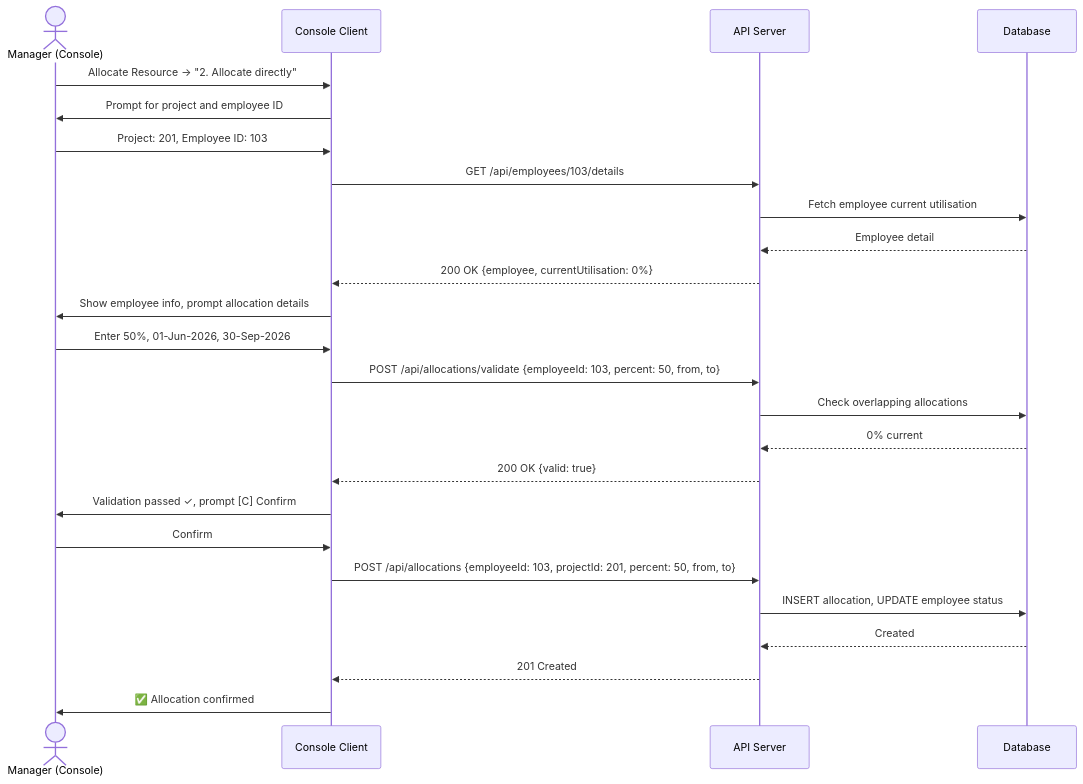
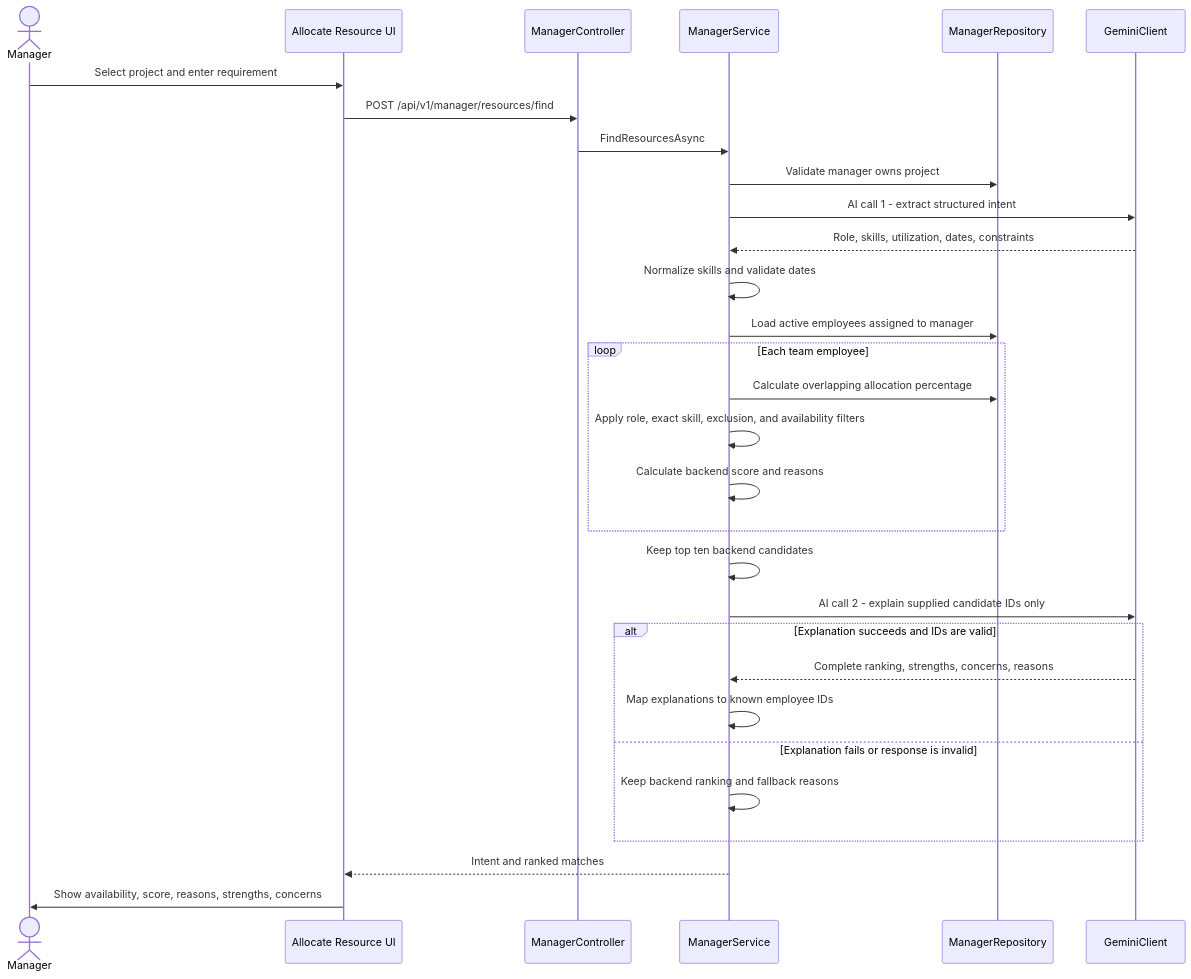
Diagram 13 of 17 in ResourceMindAi/readme.md (AayushGargITT/AayushGarg-LearnCode-2025-26), drawn with Mermaid before and after one commit. The commit also changed other lines of this file, not shown here.

Commit message:
docs(readme): update architecture and diagrams to reflect latest PRM workflows

````diff
--- a/ResourceMindAi/readme.md
+++ b/ResourceMindAi/readme.md
@@ -856,33 +625,37 @@
 ```mermaid
 sequenceDiagram
-    actor M as Manager (Console)
-    participant C as Console Client
-    participant S as API Server
-    participant DB as Database
+    actor Manager
+    participant UI as Allocate Resource UI
+    participant API as ManagerController
+    participant Service as ManagerService
+    participant Repo as ManagerRepository
+    participant LLM as GeminiClient
 
-    M->>C: Allocate Resource → "2. Allocate directly"
-    C->>M: Prompt for project and employee ID
-    M->>C: Project: 201, Employee ID: 103
+    Manager->>UI: Select project and enter requirement
+    UI->>API: POST /api/v1/manager/resources/find
+    API->>Service: FindResourcesAsync
+    Service->>Repo: Validate manager owns project
+    Service->>LLM: AI call 1 - extract structured intent
+    LLM-->>Service: Role, skills, utilization, dates, constraints
+    Service->>Service: Normalize skills and validate dates
+    Service->>Repo: Load active employees assigned to manager
 
-    C->>S: GET /api/employees/103/details
-    S->>DB: Fetch employee current utilisation
-    DB-->>S: Employee detail
-    S-->>C: 200 OK {employee, currentUtilisation: 0%}
+    loop Each team employee
+        Service->>Repo: Calculate overlapping allocation percentage
+        Service->>Service: Apply role, exact skill, exclusion, and availability filters
+        Service->>Service: Calculate backend score and reasons
+    end
 
-    C->>M: Show employee info, prompt allocation details
-    M->>C: Enter 50%, 01-Jun-2026, 30-Sep-2026
+    Service->>Service: Keep top ten backend candidates
+    Service->>LLM: AI call 2 - explain supplied candidate IDs only
 
-    C->>S: POST /api/allocations/validate {employeeId: 103, percent: 50, from, to}
-    S->>DB: Check overlapping allocations
-    DB-->>S: 0% current
-    S-->>C: 200 OK {valid: true}
+    alt Explanation succeeds and IDs are valid
+        LLM-->>Service: Complete ranking, strengths, concerns, reasons
+        Service->>Service: Map explanations to known employee IDs
+    else Explanation fails or response is invalid
+        Service->>Service: Keep backend ranking and fallback reasons
+    end
 
-    C->>M: Validation passed ✓, prompt [C] Confirm
-    M->>C: Confirm
-
-    C->>S: POST /api/allocations {employeeId: 103, projectId: 201, percent: 50, from, to}
-    S->>DB: INSERT allocation, UPDATE employee status
-    DB-->>S: Created
-    S-->>C: 201 Created
-    C->>M: ✅ Allocation confirmed
+    Service-->>UI: Intent and ranked matches
+    UI->>Manager: Show availability, score, reasons, strengths, concerns
 ```
````
